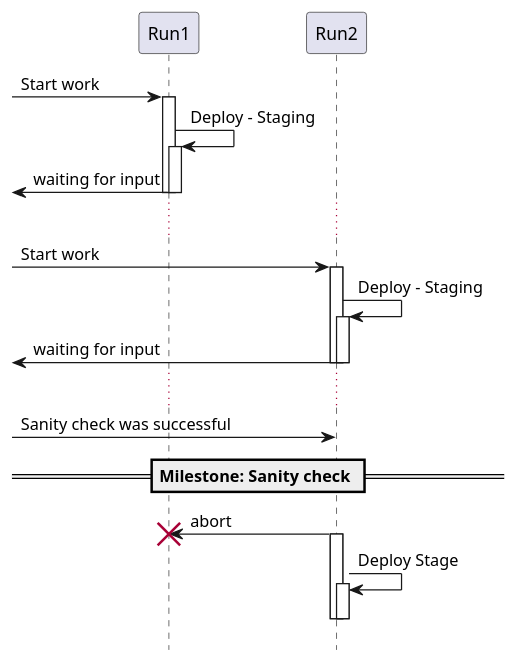
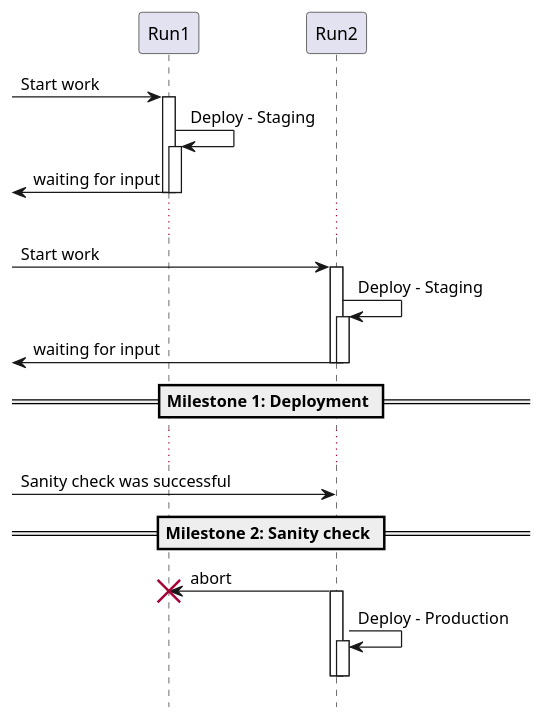
One commit to johthor/devopenspace2021-jenkins-pipelines-workshop changed the diagram in src/deploymentPipelines.adoc. Above: the diagram before and after it, drawn with PlantUML. The commit also changed other lines of this file and 2 other files, not shown here.

```diff
--- a/src/deploymentPipelines.adoc
+++ b/src/deploymentPipelines.adoc
@@ -136,26 +136,31 @@
 [plantuml, target=AblaufMilestones, format=png]
 ....
 hide footbox
 
 [-> Run1 ++ : Start work
 Run1 -> Run1 ++ : Deploy - Staging
 [<- Run1 -- : waiting for input
 deactivate Run1
+
 ...
 
 [-> Run2 ++ : Start work
 Run2 -> Run2 ++ : Deploy - Staging
 [<- Run2 -- : waiting for input
 deactivate Run2
+
+== Milestone 1: Deployment ==
+
 ...
+
 [-> Run2: Sanity check was successful
 
-== Milestone: Sanity check ==
+== Milestone 2: Sanity check ==
 
 Run2 -> Run1 !!: abort
 
 activate Run2
-Run2 -> Run2 ++ : Deploy Stage
+Run2 -> Run2 ++ : Deploy - Production
 deactivate Run2
 deactivate Run2
 ....
```
